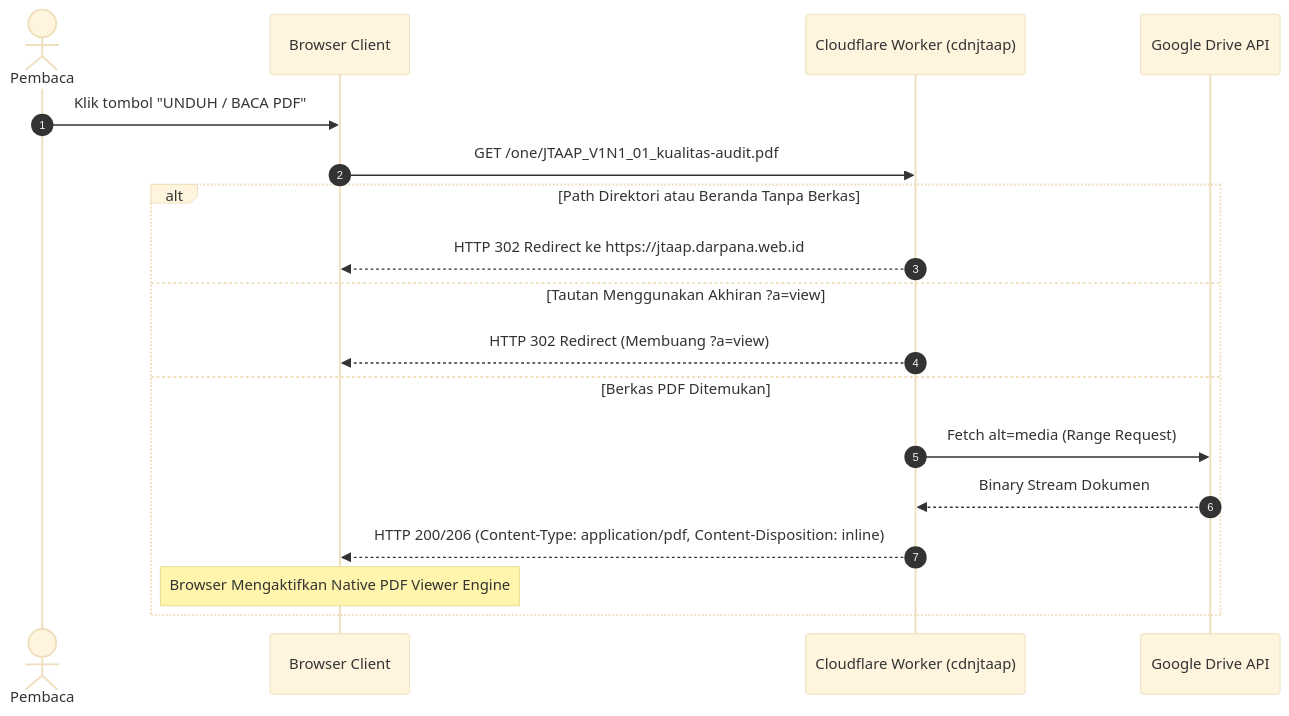
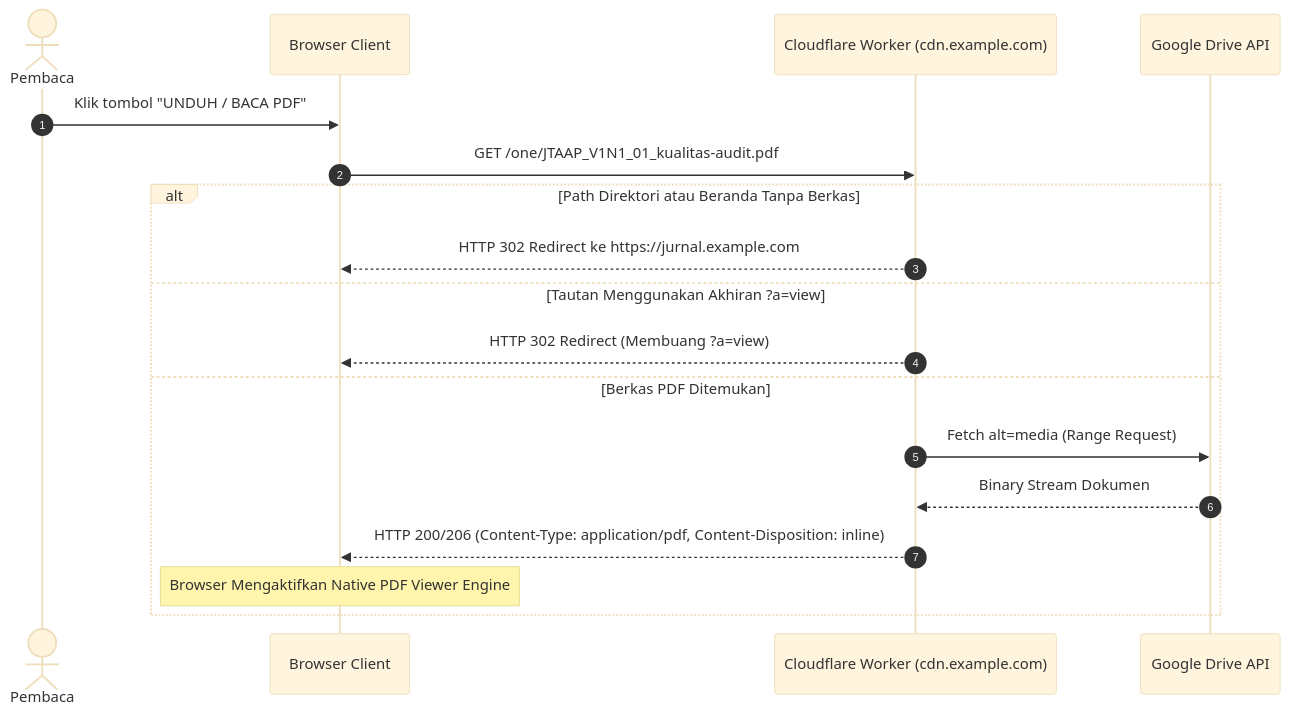
Before and after one commit to sonhak-18/Serverless-Open-Journal-System: the second of 2 diagrams in repository-worker/README.md, drawn with Mermaid (base theme). The commit also changed other lines of this file and 11 other files, not shown here.

````diff
--- a/repository-worker/README.md
+++ b/repository-worker/README.md
@@ -35,21 +35,21 @@
 ```mermaid
 sequenceDiagram
     autonumber
     actor Visitor as Pembaca
     participant Browser as Browser Client
-    participant Worker as Cloudflare Worker (cdnjtaap)
+    participant Worker as Cloudflare Worker (cdn.example.com)
     participant Drive as Google Drive API
 
     Visitor->>Browser: Klik tombol "UNDUH / BACA PDF"
     Browser->>Worker: GET /one/JTAAP_V1N1_01_kualitas-audit.pdf
     alt Path Direktori atau Beranda Tanpa Berkas
-        Worker-->>Browser: HTTP 302 Redirect ke https://jtaap.darpana.web.id
+        Worker-->>Browser: HTTP 302 Redirect ke https://jurnal.example.com
     else Tautan Menggunakan Akhiran ?a=view
         Worker-->>Browser: HTTP 302 Redirect (Membuang ?a=view)
     else Berkas PDF Ditemukan
         Worker->>Drive: Fetch alt=media (Range Request)
         Drive-->>Worker: Binary Stream Dokumen
         Worker-->>Browser: HTTP 200/206 (Content-Type: application/pdf, Content-Disposition: inline)
         Note over Browser: Browser Mengaktifkan Native PDF Viewer Engine
     end
 ```
````
